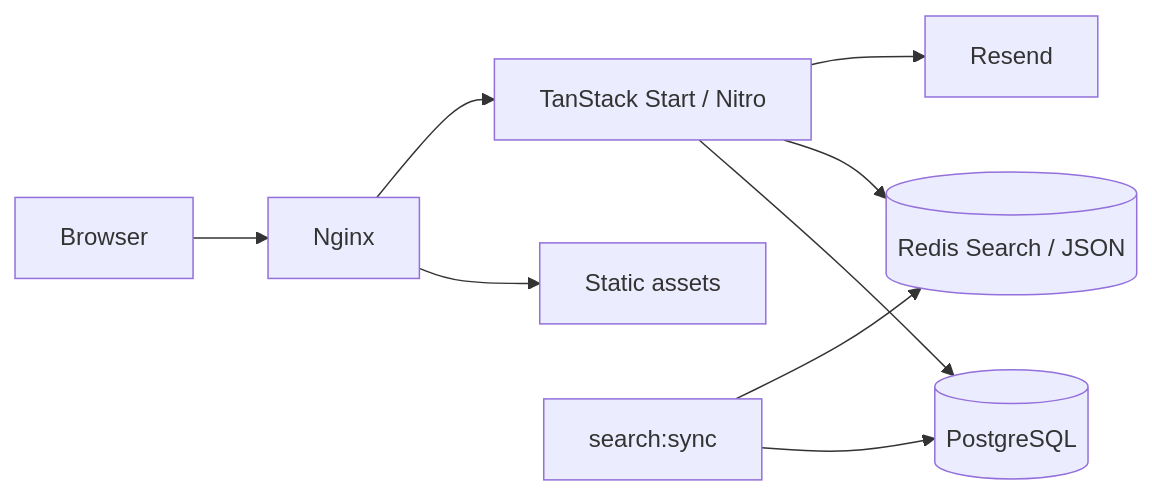
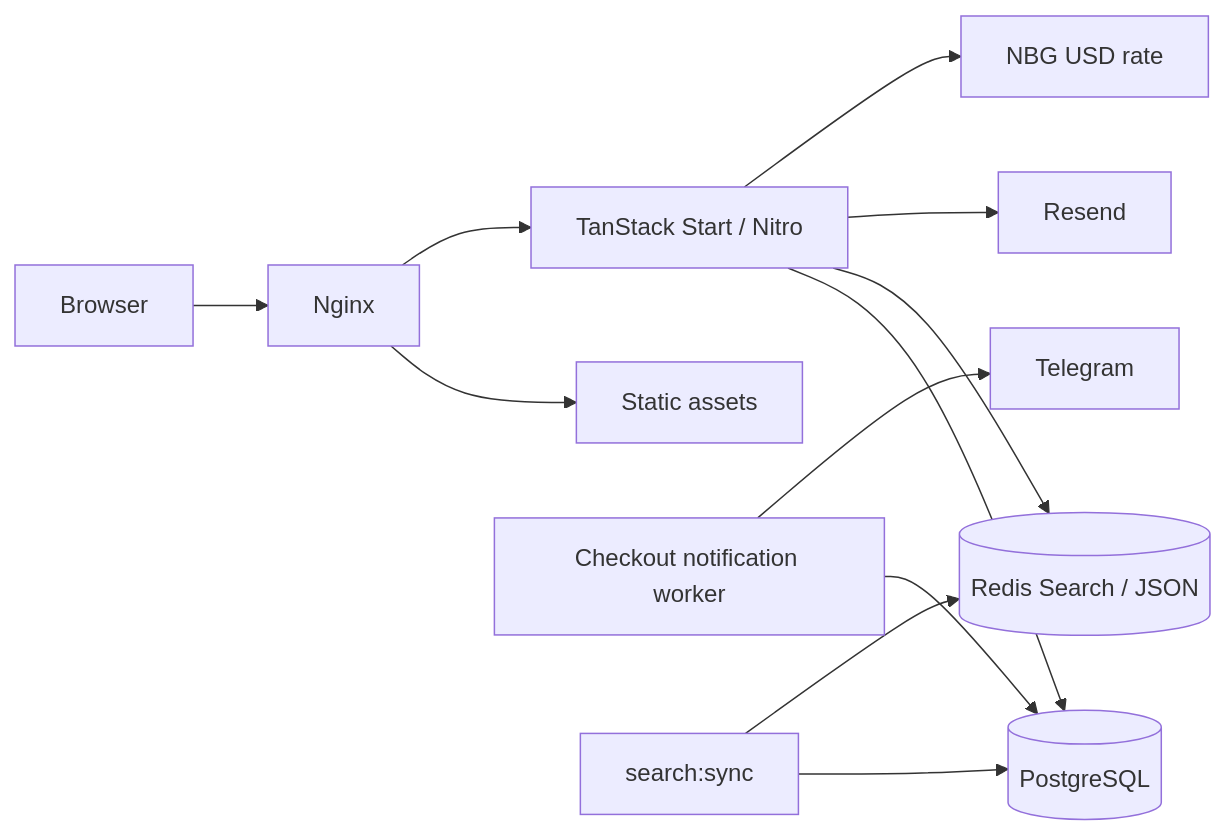
The first of 2 diagrams in README.md (gchape/2o-app), drawn with Mermaid before and after one commit. The commit also changed other lines of this file and 28 other files, not shown here.

````diff
--- a/README.md
+++ b/README.md
@@ -73,11 +74,14 @@
 ```mermaid
 flowchart LR
     Browser --> Nginx
     Nginx --> Assets[Static assets]
     Nginx --> App[TanStack Start / Nitro]
     App --> PG[(PostgreSQL)]
     App --> Redis[(Redis Search / JSON)]
     App --> Email[Resend]
+    App --> Rates[NBG USD rate]
+    Worker[Checkout notification worker] --> PG
+    Worker --> Telegram[Telegram]
     Sync[search:sync] --> PG
     Sync --> Redis
 ```
````
